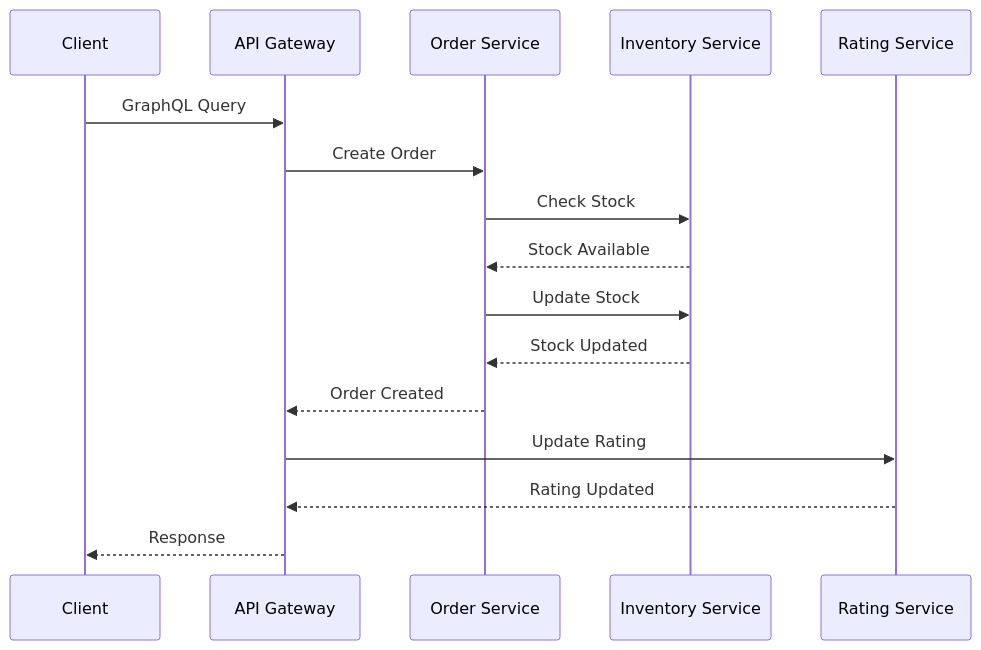
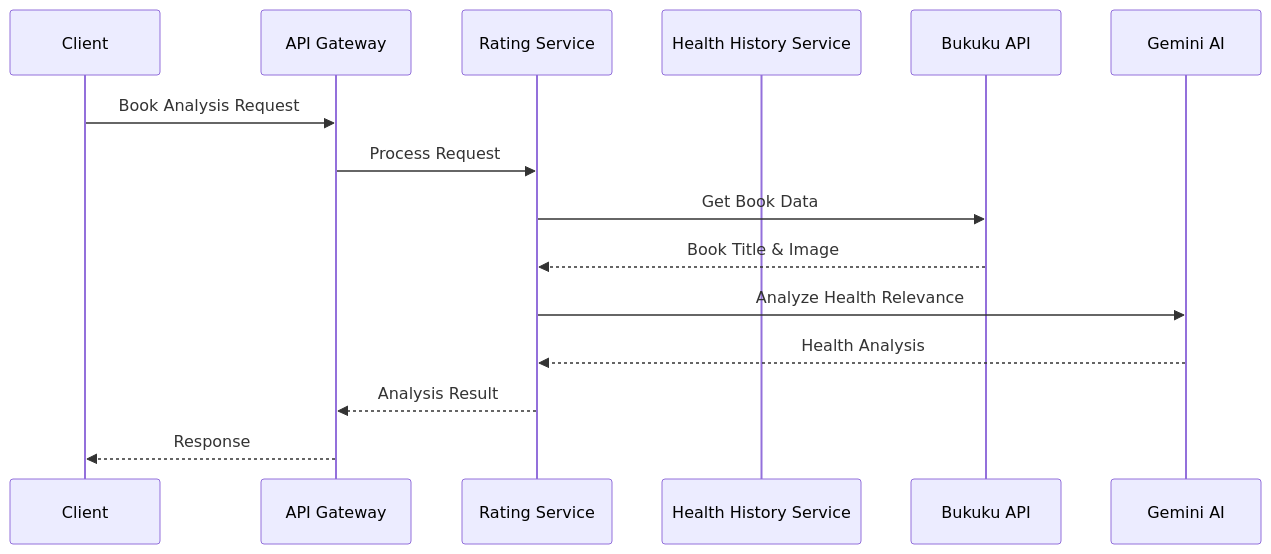
Before and after one commit to AgaHibatulloh/ePharma_KELOMPOK4: the second of 2 diagrams in README.md, drawn with Mermaid. The commit also changed other lines of this file, not shown here.

````diff
--- a/README.md
+++ b/README.md
@@ -249,19 +183,18 @@
 ```mermaid
 sequenceDiagram
     participant C as Client
     participant AG as API Gateway
-    participant OS as Order Service
-    participant IS as Inventory Service
     participant RS as Rating Service
+    participant HHS as Health History Service
+    participant BUKUKU as Bukuku API
+    participant AI as Gemini AI
     
-    C->>AG: GraphQL Query
-    AG->>OS: Create Order
-    OS->>IS: Check Stock
-    IS-->>OS: Stock Available
-    OS->>IS: Update Stock
-    IS-->>OS: Stock Updated
-    OS-->>AG: Order Created
-    AG->>RS: Update Rating
-    RS-->>AG: Rating Updated
+    C->>AG: Book Analysis Request
+    AG->>RS: Process Request
+    RS->>BUKUKU: Get Book Data
+    BUKUKU-->>RS: Book Title & Image
+    RS->>AI: Analyze Health Relevance
+    AI-->>RS: Health Analysis
+    RS-->>AG: Analysis Result
     AG-->>C: Response
 ```
````
